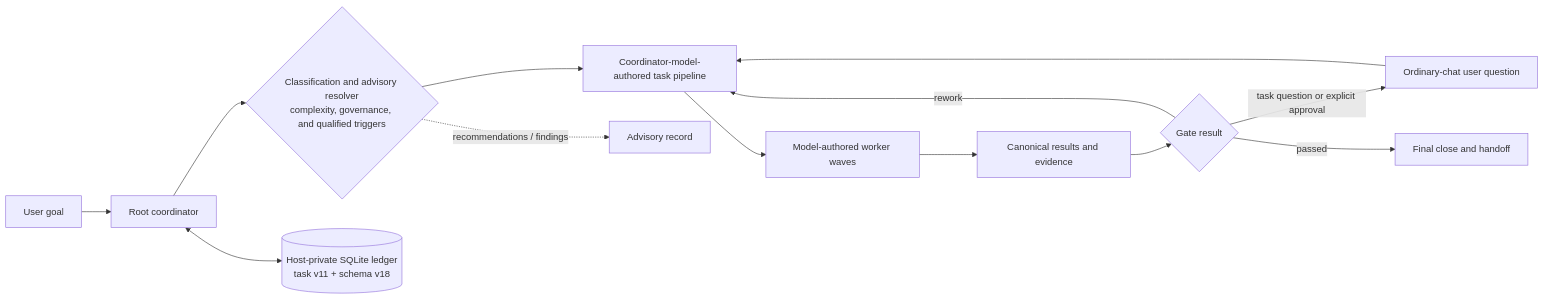
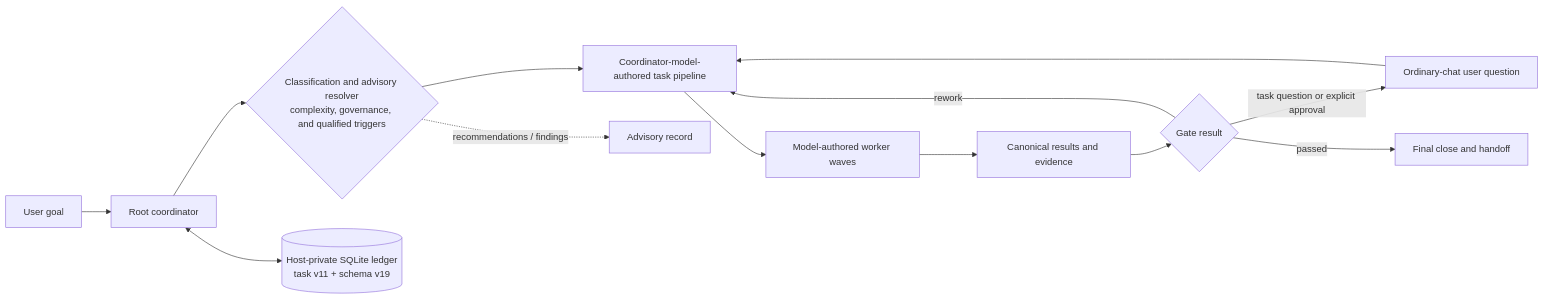
Before and after one commit to igovet/codex-cortex-orchestrator: the diagram in README.md, drawn with Mermaid. The commit also changed other lines of this file and 73 other files, not shown here.

````diff
--- a/README.md
+++ b/README.md
@@ -510,18 +517,18 @@
 ```mermaid
 flowchart LR
     U["User goal"] --> R["Root coordinator"]
     R --> M{"Classification and advisory resolver<br/>complexity, governance, and qualified triggers"}
 
     M --> P["Coordinator-model-authored task pipeline"]
     M -. "recommendations / findings" .-> A["Advisory record"]
 
     P --> W["Model-authored worker waves"]
     W --> B["Canonical results and evidence"]
     B --> G{"Gate result"}
     G -- "rework" --> P
     G -- "task question or explicit approval" --> Q["Ordinary-chat user question"]
     Q --> P
     G -- "passed" --> C["Final close and handoff"]
 
-    R <--> L[("Host-private SQLite ledger<br/>task v11 + schema v18")]
+    R <--> L[("Host-private SQLite ledger<br/>task v11 + schema v19")]
 ```
````
